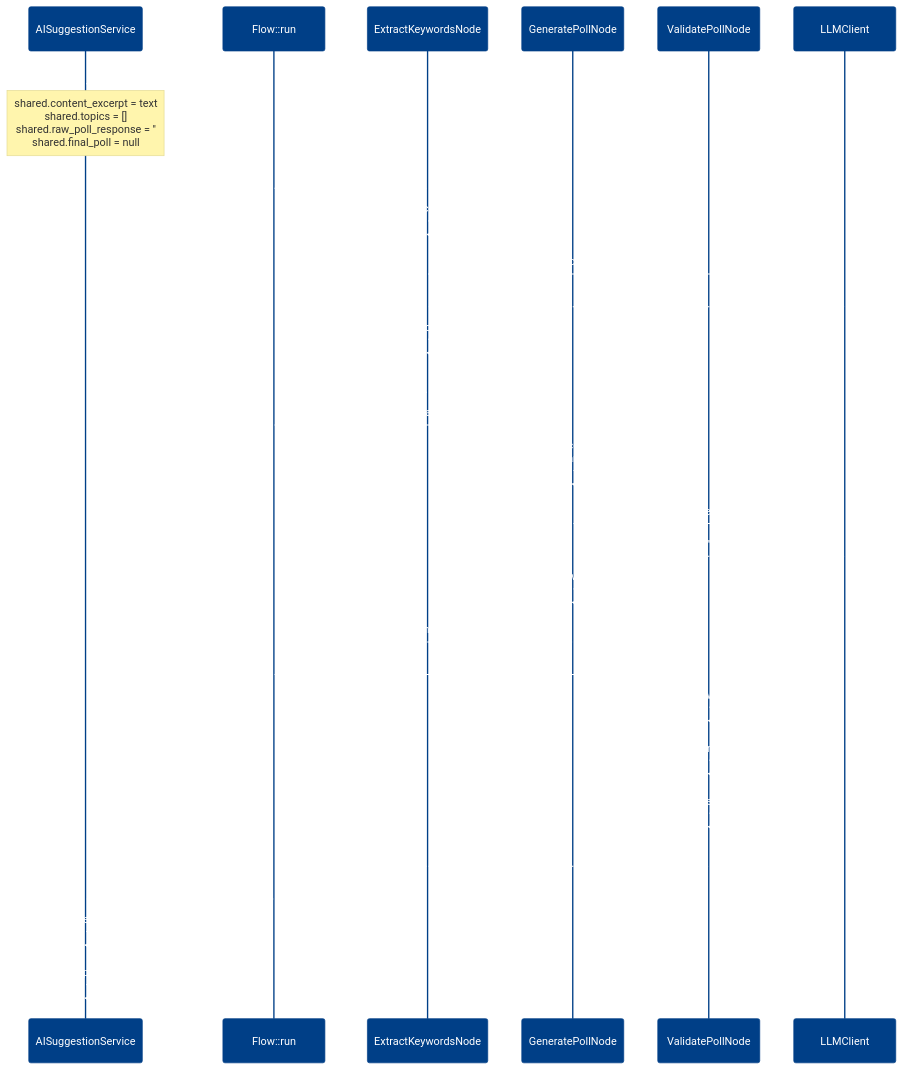
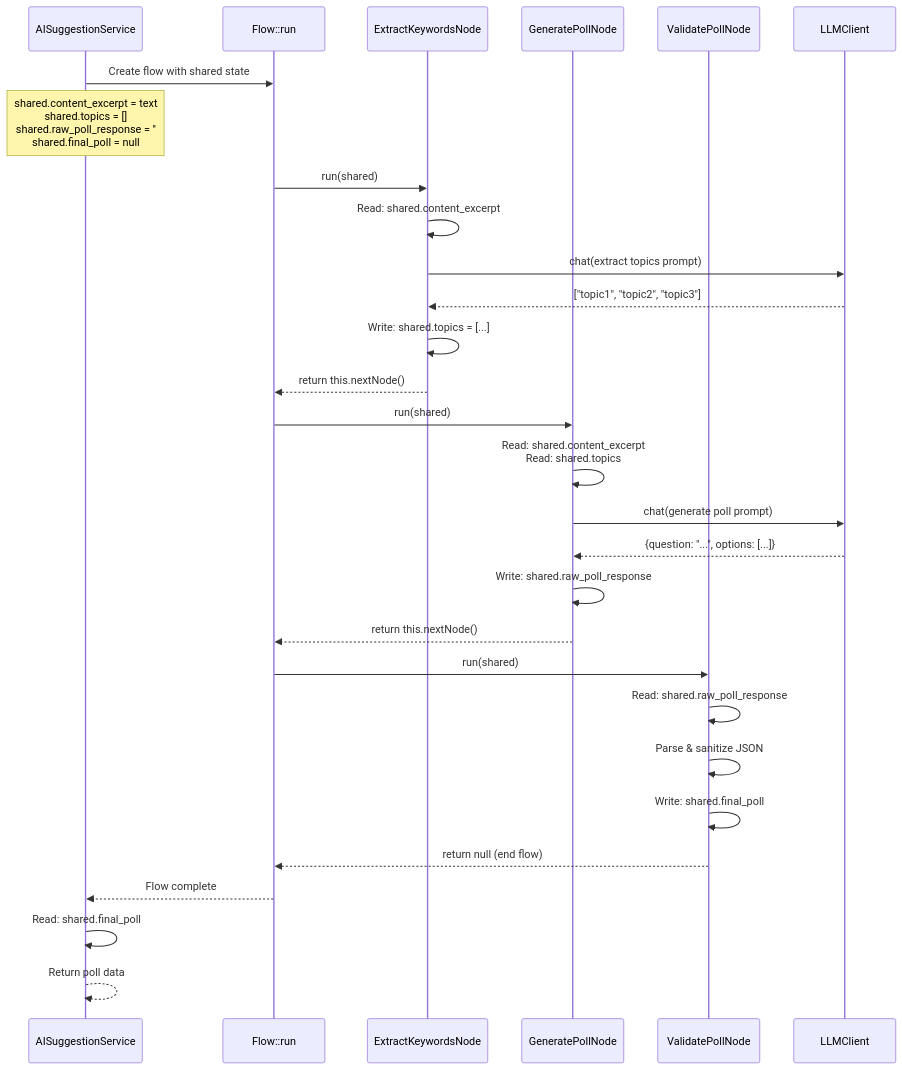
Before and after one commit to soderlind/content-poll: the diagram in docs/# ContentPoll-AI-Flow-Architecture.md, drawn with Mermaid.

Commit message:
fix: Update mermaid diagram initialization in ContentPoll AI Flow Architecture documentation for improved rendering

````diff
--- a/docs/# ContentPoll-AI-Flow-Architecture.md
+++ b/docs/# ContentPoll-AI-Flow-Architecture.md
@@ -147,37 +147,37 @@
 ```mermaid
-%%{init: {'theme':'base', 'themeVariables': { 'primaryColor':'#003f87','primaryTextColor':'#fff','primaryBorderColor':'#003f87','lineColor':'#003f87','secondaryColor':'#fdb81e','tertiaryColor':'#fff'}}}%%
+
 sequenceDiagram
     participant Service as AISuggestionService
     participant Flow as Flow::run
     participant Extract as ExtractKeywordsNode
     participant Generate as GeneratePollNode
     participant Validate as ValidatePollNode
     participant LLM as LLMClient
     
     Service->>Flow: Create flow with shared state
     Note over Service: shared.content_excerpt = text<br/>shared.topics = []<br/>shared.raw_poll_response = ''<br/>shared.final_poll = null
     
     Flow->>Extract: run(shared)
     Extract->>Extract: Read: shared.content_excerpt
     Extract->>LLM: chat(extract topics prompt)
     LLM-->>Extract: ["topic1", "topic2", "topic3"]
     Extract->>Extract: Write: shared.topics = [...]
     Extract-->>Flow: return this.nextNode()
     
     Flow->>Generate: run(shared)
     Generate->>Generate: Read: shared.content_excerpt<br/>Read: shared.topics
     Generate->>LLM: chat(generate poll prompt)
     LLM-->>Generate: {question: "...", options: [...]}
     Generate->>Generate: Write: shared.raw_poll_response
     Generate-->>Flow: return this.nextNode()
     
     Flow->>Validate: run(shared)
     Validate->>Validate: Read: shared.raw_poll_response
     Validate->>Validate: Parse & sanitize JSON
     Validate->>Validate: Write: shared.final_poll
     Validate-->>Flow: return null (end flow)
     
     Flow-->>Service: Flow complete
     Service->>Service: Read: shared.final_poll
     Service-->>Service: Return poll data
 ```
````
